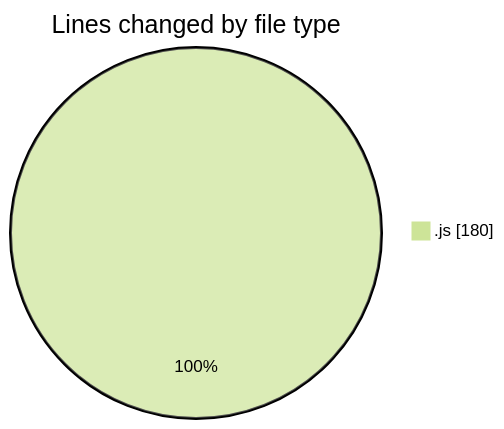
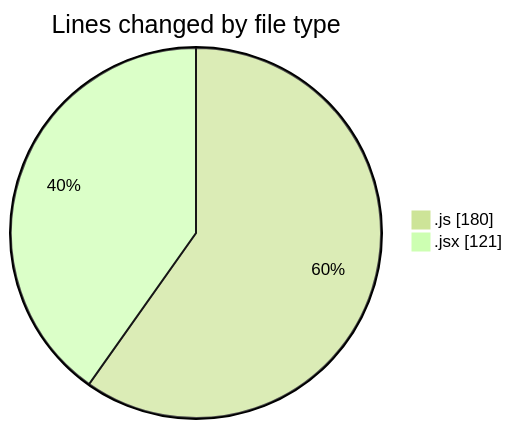
One commit to charlie-sans/code-tracking changed the first of 2 diagrams in 2025-02-25/finite_vercel_app/README.md. Above: the diagram before and after it, drawn with Mermaid (forest theme). The commit also changed other lines of this file and 1 other file, not shown here.

````diff
--- a/2025-02-25/finite_vercel_app/README.md
+++ b/2025-02-25/finite_vercel_app/README.md
@@ -20,5 +21,6 @@
 ```mermaid
 pie showData
 title Lines changed by file type
 ".js" : 180
+".jsx" : 121
 ```
````
